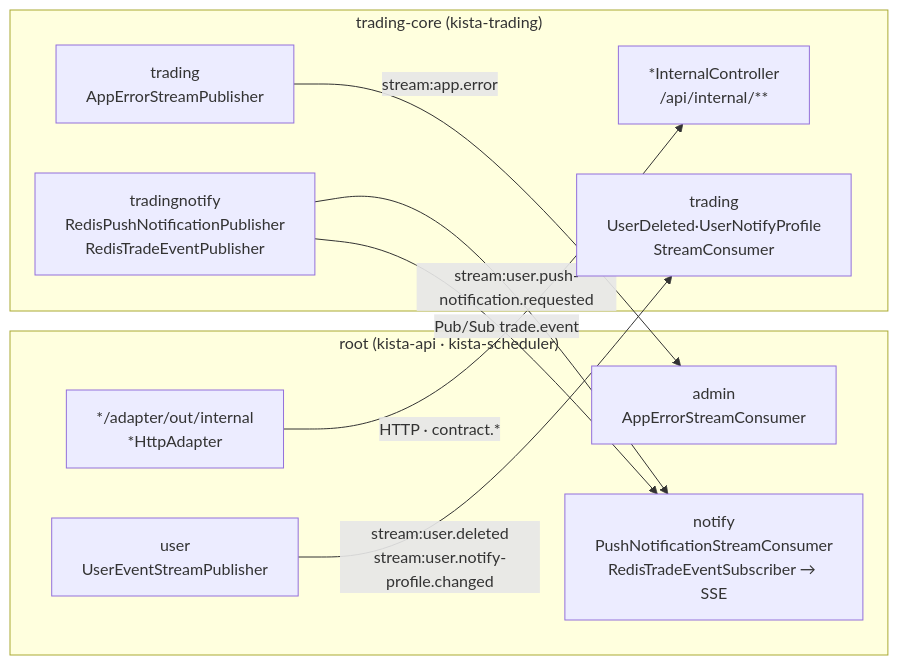
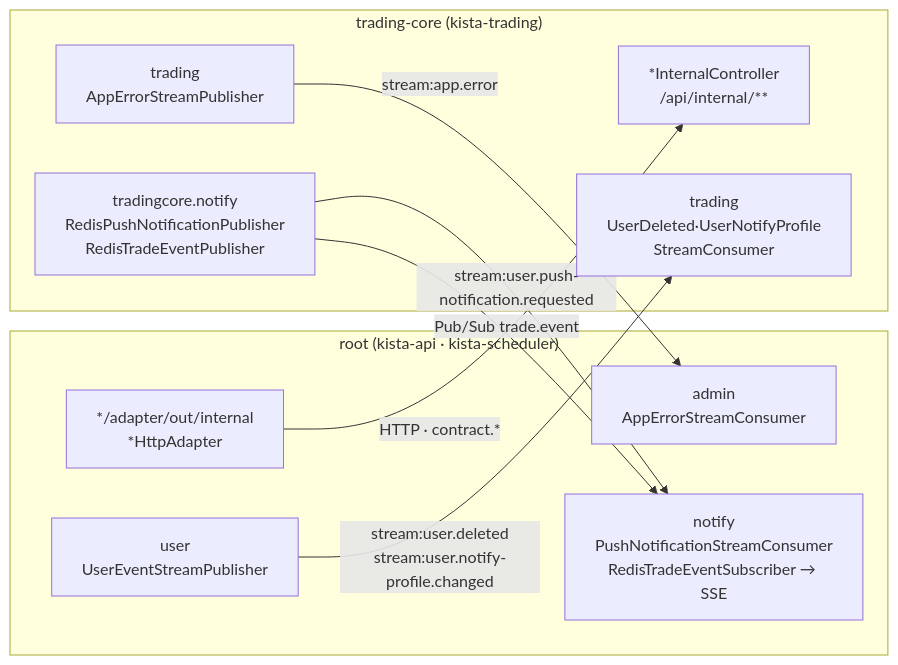
The fifth of 6 diagrams in docs/architecture-map.md (narafu/kista-api), drawn with Mermaid before and after one commit. The commit also changed other lines of this file and 60 other files, not shown here.

````diff
--- a/docs/architecture-map.md
+++ b/docs/architecture-map.md
@@ -195,22 +195,22 @@
 ```mermaid
 flowchart LR
     subgraph root["root (kista-api · kista-scheduler)"]
         rOut["*/adapter/out/internal<br/>*HttpAdapter"]
         rUser["user<br/>UserEventStreamPublisher"]
         rAdmin["admin<br/>AppErrorStreamConsumer"]
         rNotify["notify<br/>PushNotificationStreamConsumer<br/>RedisTradeEventSubscriber → SSE"]
     end
 
     subgraph tc["trading-core (kista-trading)"]
         tIn["*InternalController<br/>/api/internal/**"]
         tUser["trading<br/>UserDeleted·UserNotifyProfile<br/>StreamConsumer"]
         tErr["trading<br/>AppErrorStreamPublisher"]
-        tNotify["tradingnotify<br/>RedisPushNotificationPublisher<br/>RedisTradeEventPublisher"]
+        tNotify["tradingcore.notify<br/>RedisPushNotificationPublisher<br/>RedisTradeEventPublisher"]
     end
 
     rOut -->|"HTTP · contract.*"| tIn
     rUser -->|"stream:user.deleted<br/>stream:user.notify-profile.changed"| tUser
     tErr -->|"stream:app.error"| rAdmin
     tNotify -->|"stream:user.push-notification.requested"| rNotify
     tNotify -->|"Pub/Sub trade.event"| rNotify
 ```
````
